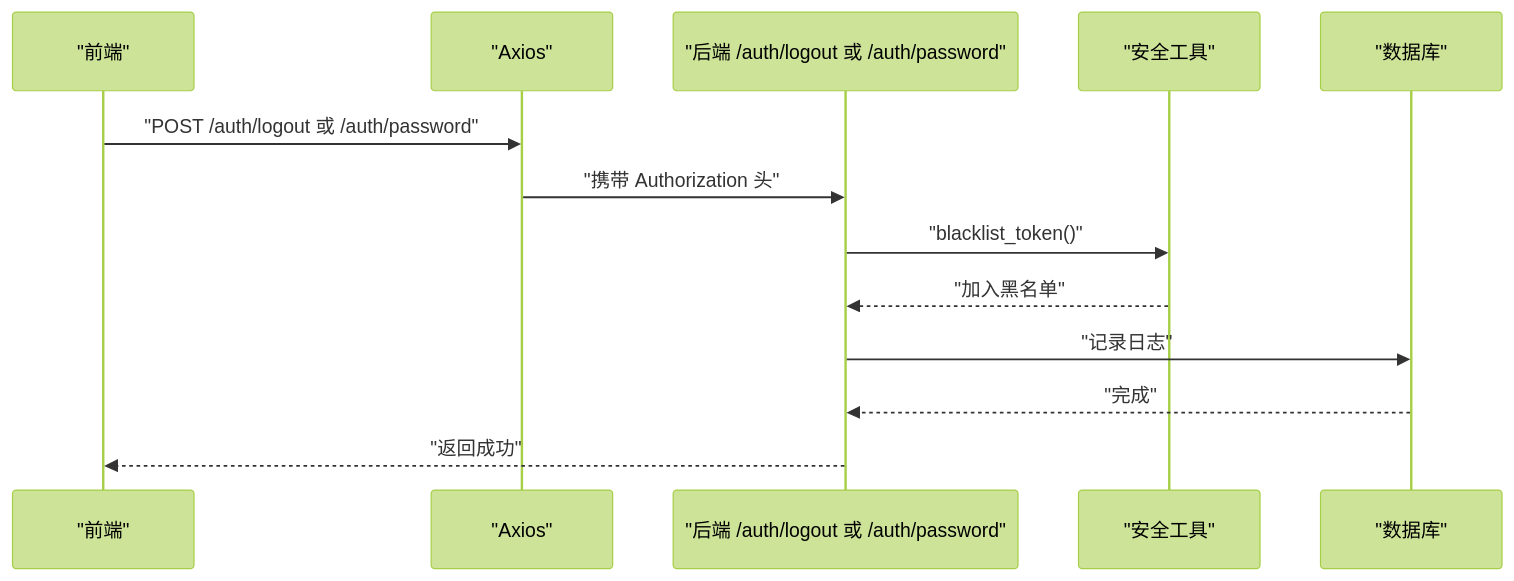
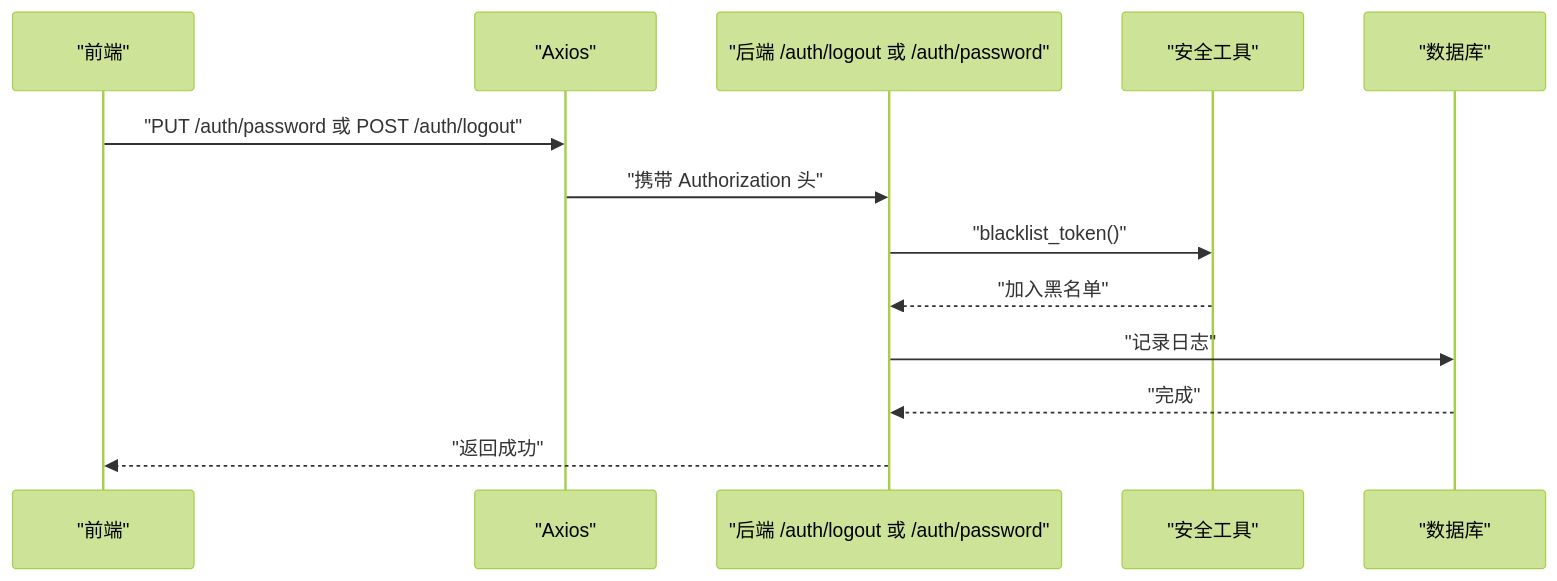
The sixth of 7 diagrams in .qoder/repowiki/zh/content/认证与安全/认证与安全.md (gujialind/InvestRing), drawn with Mermaid (forest theme) before and after one commit. The commit also changed other lines of this file and 32 other files, not shown here.

````diff
--- a/.qoder/repowiki/zh/content/认证与安全/认证与安全.md
+++ b/.qoder/repowiki/zh/content/认证与安全/认证与安全.md
@@ -277,15 +285,15 @@
 ```mermaid
 sequenceDiagram
 participant FE as "前端"
 participant AX as "Axios"
 participant API as "后端 /auth/logout 或 /auth/password"
 participant SEC as "安全工具"
 participant DB as "数据库"
-FE->>AX : "POST /auth/logout 或 /auth/password"
+FE->>AX : "PUT /auth/password 或 POST /auth/logout"
 AX->>API : "携带 Authorization 头"
 API->>SEC : "blacklist_token()"
 SEC-->>API : "加入黑名单"
 API->>DB : "记录日志"
 DB-->>API : "完成"
 API-->>FE : "返回成功"
 ```
````
